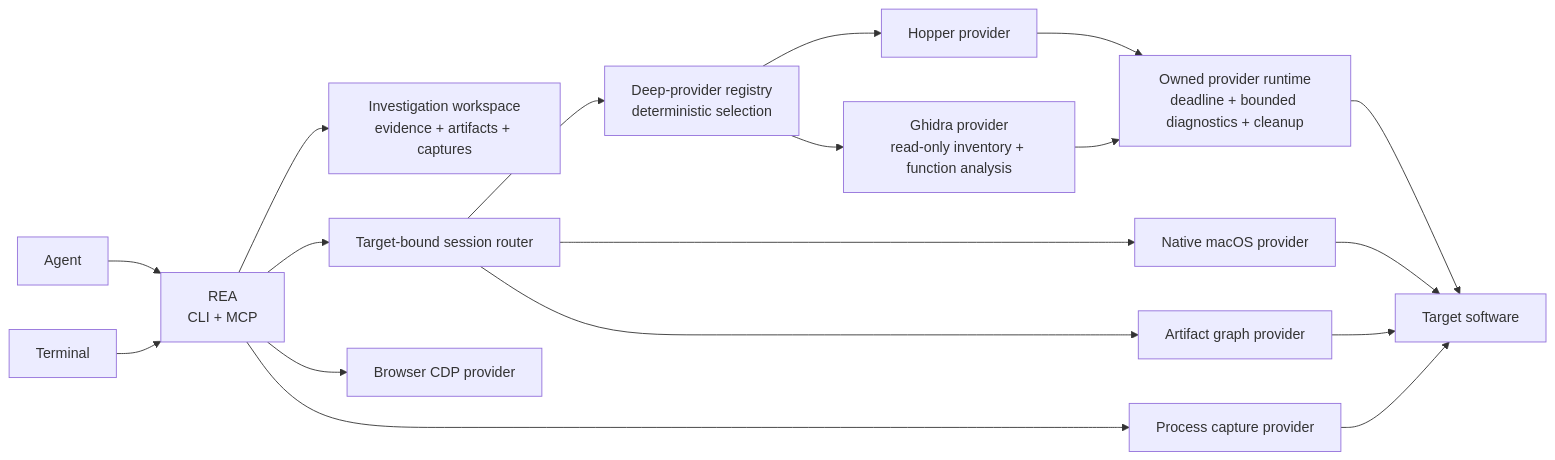
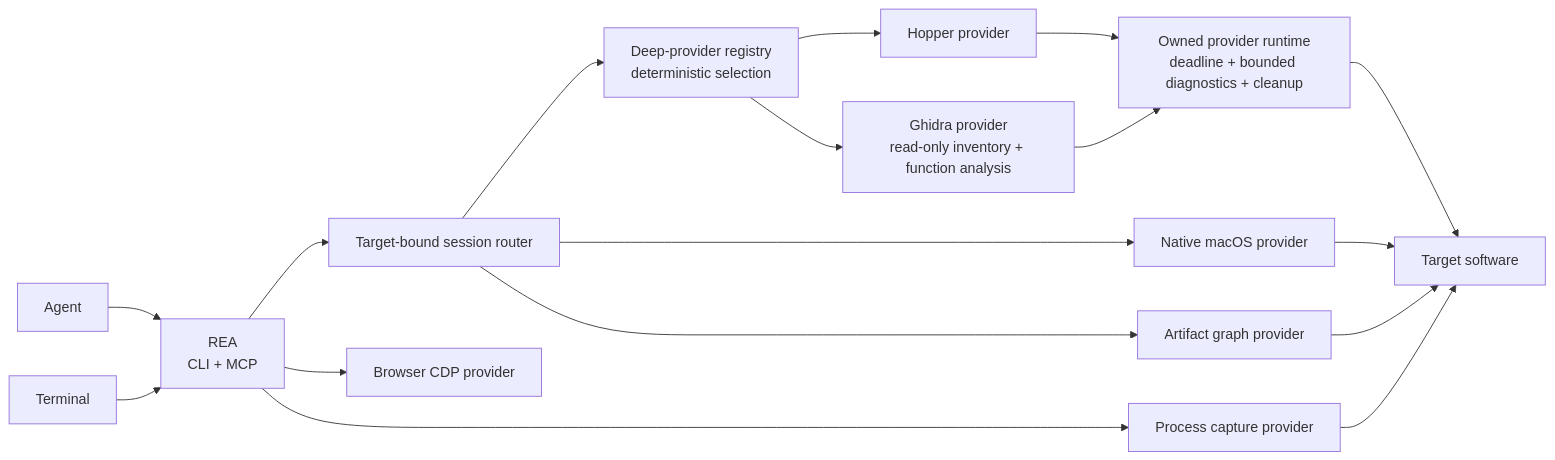
One commit to bryankwandou/rea changed the diagram in README.md. Above: the diagram before and after it, drawn with Mermaid. The commit also changed other lines of this file and 12 other files, not shown here.

````diff
--- a/README.md
+++ b/README.md
@@ -538,20 +536,19 @@
 ```mermaid
 flowchart LR
     Agent["Agent"] --> REA["REA<br/>CLI + MCP"]
     Terminal --> REA
-    REA --> Workspace["Investigation workspace<br/>evidence + artifacts + captures"]
     REA --> Session["Target-bound session router"]
     Session --> Registry["Deep-provider registry<br/>deterministic selection"]
     Registry --> Hopper["Hopper provider"]
     Registry --> Ghidra["Ghidra provider<br/>read-only inventory + function analysis"]
     Hopper --> Runtime["Owned provider runtime<br/>deadline + bounded diagnostics + cleanup"]
     Ghidra --> Runtime
     Session --> Native["Native macOS provider"]
     Session --> Artifact["Artifact graph provider"]
     REA --> Browser["Browser CDP provider"]
     REA --> Process["Process capture provider"]
     Runtime --> Target["Target software"]
     Process --> Target
     Native --> Target
     Artifact --> Target
 ```
````
